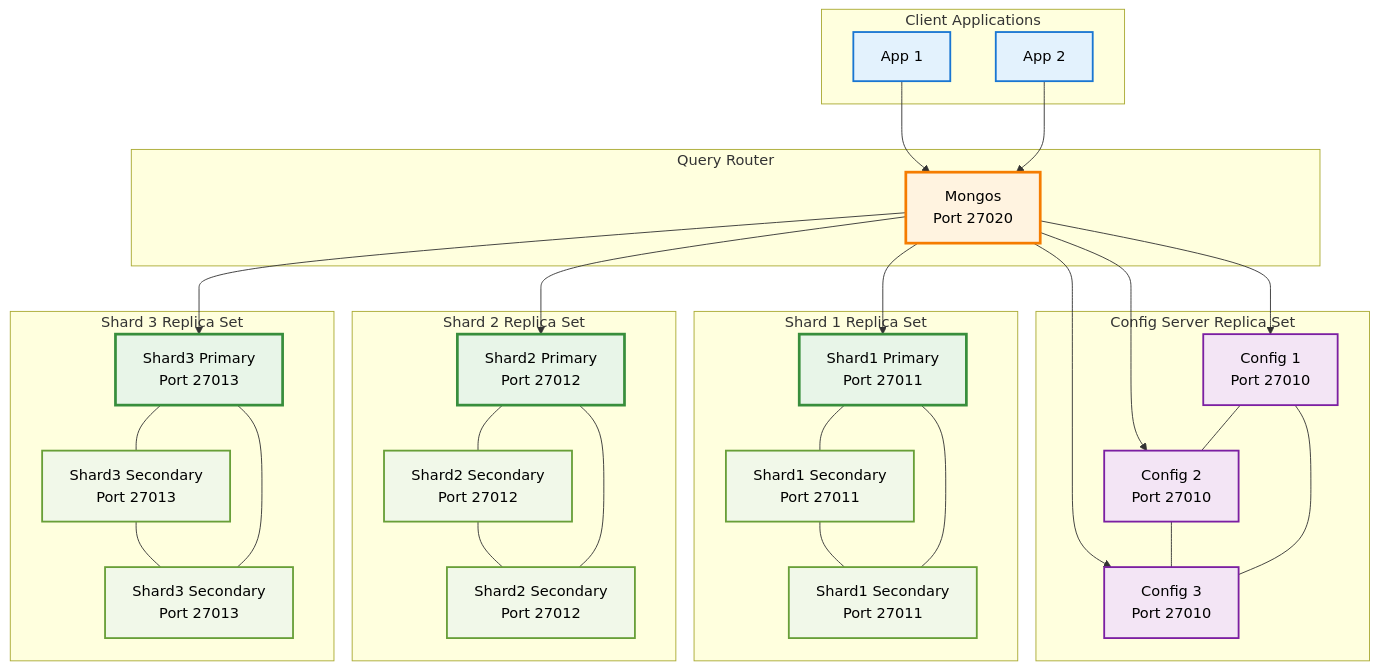
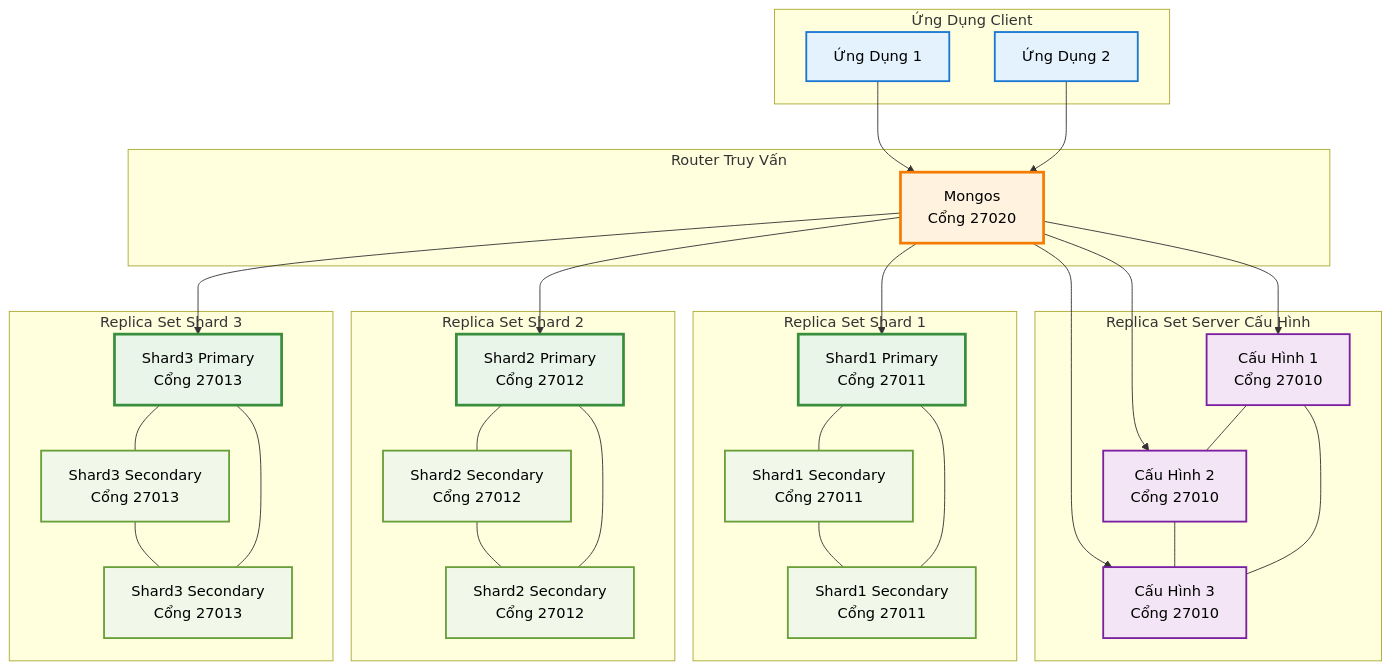
Before and after one commit to ngockhanhvd2812/DBA: diagram 17 of 56 in DB/Mongo-Sharding/mongo-sharding-practice.md, drawn with Mermaid. The commit also changed other lines of this file, not shown here.

````diff
--- a/DB/Mongo-Sharding/mongo-sharding-practice.md
+++ b/DB/Mongo-Sharding/mongo-sharding-practice.md
@@ -443,74 +661,72 @@
 ```mermaid
 graph TB
-    subgraph "Client Applications"
-        APP1[App 1]
-        APP2[App 2]
+    subgraph "Ứng Dụng Client"
+        APP1[Ứng Dụng 1]
+        APP2[Ứng Dụng 2]
     end
     
-    subgraph "Query Router"
-        MONGOS[Mongos<br/>Port 27020]
+    subgraph "Router Truy Vấn"
+        MONGOS[Mongos<br/>Cổng 27020]
     end
     
-    subgraph "Config Server Replica Set"
-        CFG1[Config 1<br/>Port 27010]
-        CFG2[Config 2<br/>Port 27010]
-        CFG3[Config 3<br/>Port 27010]
+    subgraph "Replica Set Server Cấu Hình"
+        CFG1[Cấu Hình 1<br/>Cổng 27010]
+        CFG2[Cấu Hình 2<br/>Cổng 27010]
+        CFG3[Cấu Hình 3<br/>Cổng 27010]
     end
     
-    subgraph "Shard 1 Replica Set"
-        S1P[Shard1 Primary<br/>Port 27011]
-        S1S1[Shard1 Secondary<br/>Port 27011]
-        S1S2[Shard1 Secondary<br/>Port 27011]
+    subgraph "Replica Set Shard 1"
+        S1P[Shard1 Primary<br/>Cổng 27011]
+        S1S1[Shard1 Secondary<br/>Cổng 27011]
+        S1S2[Shard1 Secondary<br/>Cổng 27011]
     end
     
-    subgraph "Shard 2 Replica Set"
-        S2P[Shard2 Primary<br/>Port 27012]
-        S2S1[Shard2 Secondary<br/>Port 27012]
-        S2S2[Shard2 Secondary<br/>Port 27012]
+    subgraph "Replica Set Shard 2"
+        S2P[Shard2 Primary<br/>Cổng 27012]
+        S2S1[Shard2 Secondary<br/>Cổng 27012]
+        S2S2[Shard2 Secondary<br/>Cổng 27012]
     end
     
-    subgraph "Shard 3 Replica Set"
-        S3P[Shard3 Primary<br/>Port 27013]
-        S3S1[Shard3 Secondary<br/>Port 27013]
-        S3S2[Shard3 Secondary<br/>Port 27013]
+    subgraph "Replica Set Shard 3"
+        S3P[Shard3 Primary<br/>Cổng 27013]
+        S3S1[Shard3 Secondary<br/>Cổng 27013]
+        S3S2[Shard3 Secondary<br/>Cổng 27013]
     end
     
     APP1 --> MONGOS
     APP2 --> MONGOS
     MONGOS --> CFG1
     MONGOS --> CFG2
     MONGOS --> CFG3
     MONGOS --> S1P
     MONGOS --> S2P
     MONGOS --> S3P
     
     CFG1 --- CFG2
     CFG2 --- CFG3
     CFG3 --- CFG1
     
     S1P --- S1S1
     S1S1 --- S1S2
     S1S2 --- S1P
     
     S2P --- S2S1
     S2S1 --- S2S2
     S2S2 --- S2P
     
     S3P --- S3S1
     S3S1 --- S3S2
     S3S2 --- S3P
 
-        %% Định nghĩa style cho các thành phần
     classDef clientApp fill:#E3F2FD,stroke:#1976D2,stroke-width:2px,color:#000
     classDef router fill:#FFF3E0,stroke:#F57C00,stroke-width:3px,color:#000
     classDef configServer fill:#F3E5F5,stroke:#7B1FA2,stroke-width:2px,color:#000
     classDef shardPrimary fill:#E8F5E8,stroke:#388E3C,stroke-width:3px,color:#000
     classDef shardSecondary fill:#F1F8E9,stroke:#689F38,stroke-width:2px,color:#000
     
-    %% Áp dụng style
     class APP1,APP2 clientApp
     class MONGOS router
     class CFG1,CFG2,CFG3 configServer
     class S1P,S2P,S3P shardPrimary
     class S1S1,S1S2,S2S1,S2S2,S3S1,S3S2 shardSecondary
 ```
````
